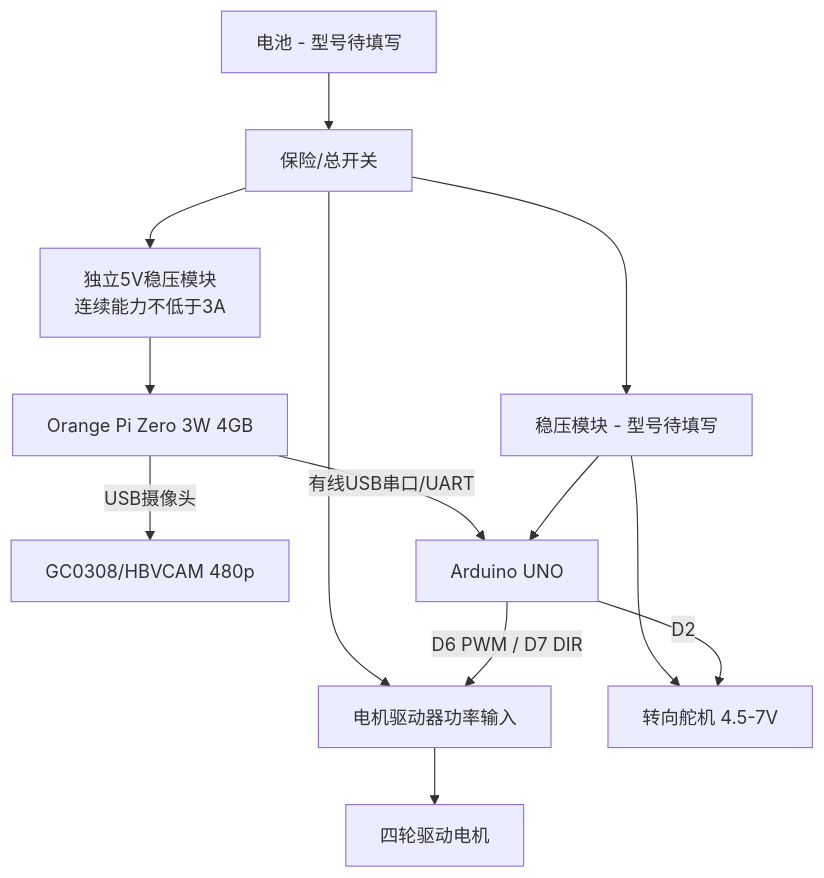
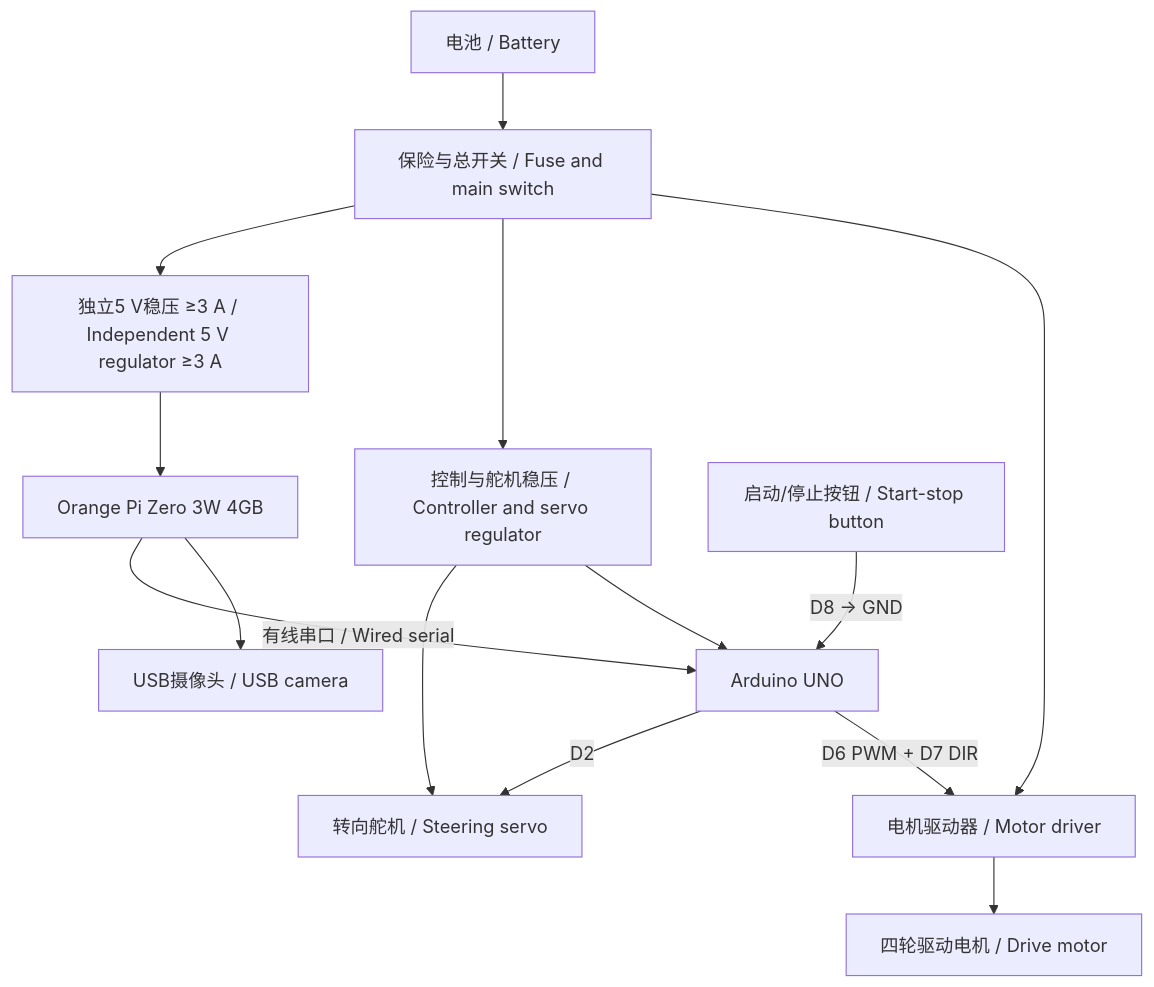
The diagram in schemes原理图/wiring.md (chinaxueyuannew/wro2026-nanjingBSSN), drawn with Mermaid before and after one commit. The commit also changed other lines of this file and 30 other files, not shown here.

````diff
--- a/schemes原理图/wiring.md
+++ b/schemes原理图/wiring.md
@@ -35,15 +54,16 @@
 ```mermaid
 flowchart TD
-  B[电池 - 型号待填写] --> F[保险/总开关]
-  F --> MD[电机驱动器功率输入]
-  MD --> M[四轮驱动电机]
-  F --> REG[稳压模块 - 型号待填写]
-  F --> REG5[独立5V稳压模块\n连续能力不低于3A]
-  REG5 --> OPI[Orange Pi Zero 3W 4GB]
-  OPI -->|USB摄像头| CAM[GC0308/HBVCAM 480p]
-  OPI -->|有线USB串口/UART| UNO
-  REG --> UNO[Arduino UNO]
-  REG --> SV[转向舵机 4.5-7V]
-  UNO -->|D6 PWM / D7 DIR| MD
-  UNO -->|D2| SV
+  B["电池 / Battery"] --> F["保险与总开关 / Fuse and main switch"]
+  F --> MD["电机驱动器 / Motor driver"]
+  MD --> M["四轮驱动电机 / Drive motor"]
+  F --> REG["控制与舵机稳压 / Controller and servo regulator"]
+  F --> REG5["独立5 V稳压 ≥3 A / Independent 5 V regulator ≥3 A"]
+  REG5 --> OPI["Orange Pi Zero 3W 4GB"]
+  OPI --> CAM["USB摄像头 / USB camera"]
+  OPI -->|"有线串口 / Wired serial"| UNO["Arduino UNO"]
+  REG --> UNO
+  REG --> SV["转向舵机 / Steering servo"]
+  UNO -->|"D6 PWM + D7 DIR"| MD
+  UNO -->|"D2"| SV
+  BTN["启动/停止按钮 / Start-stop button"] -->|"D8 → GND"| UNO
 ```
````
